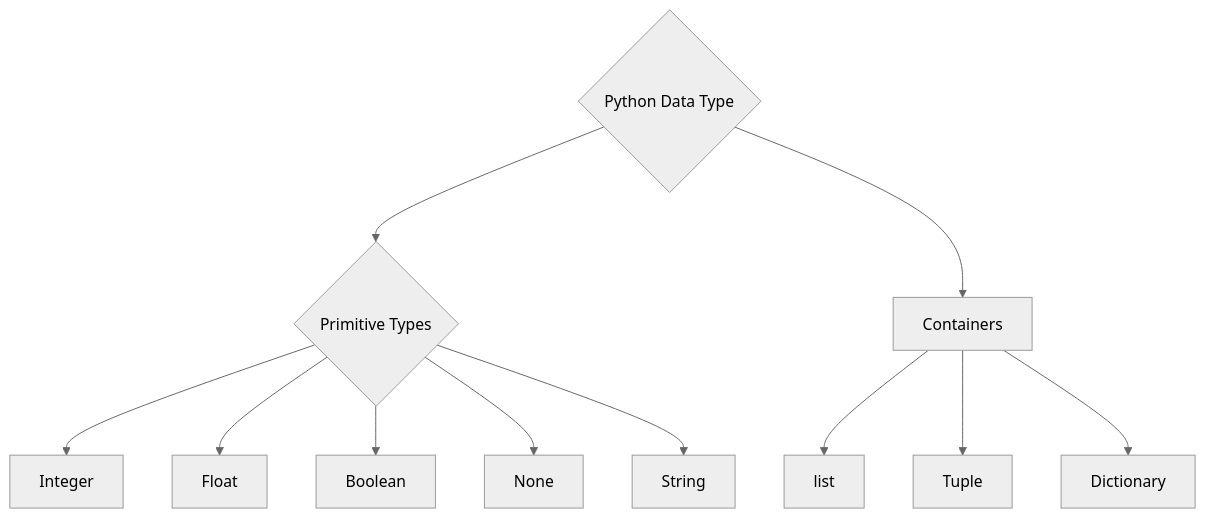
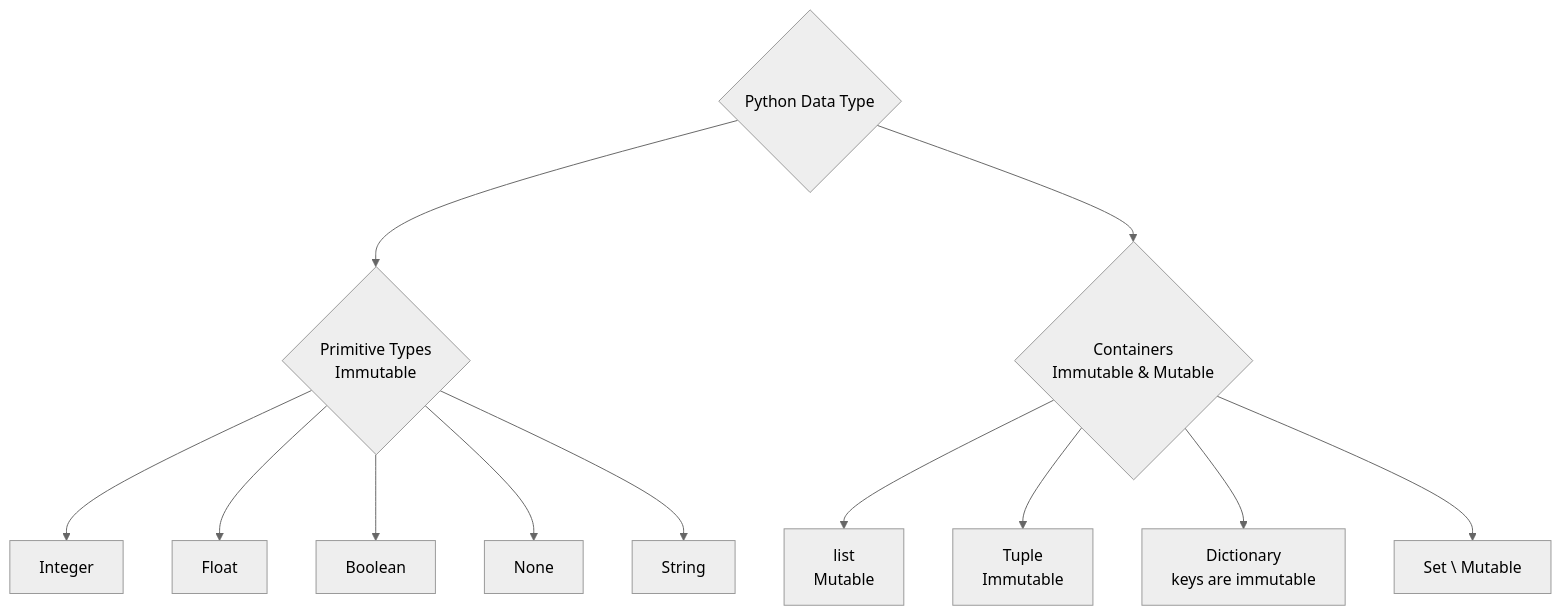
Before and after one commit to ESJiang/JR-notes: the diagram in python/Python_2.md, drawn with Mermaid (neutral theme).

````diff
--- a/python/Python_2.md
+++ b/python/Python_2.md
@@ -86,13 +86,14 @@
 ```mermaid
 graph TB;
-    a{"Python Data Type"}-->b{"Primitive Types"};
+    a{"Python Data Type"}-->b{"Primitive Types \n Immutable"};
     b-->c["Integer"];
     b-->d["Float"];
     b-->e["Boolean"];
     b-->f["None"];
     b-->g["String"];
-    a-->h["Containers"];
-    h-->i["list"];
-    h-->j["Tuple"];
-    h-->k["Dictionary"]
+    a-->h{"Containers \n Immutable & Mutable"};
+    h-->i["list \n Mutable"];
+    h-->j["Tuple \n Immutable"];
+    h-->k["Dictionary \n keys are immutable"]
+    h-->l["Set \ Mutable"];
 ```
````
